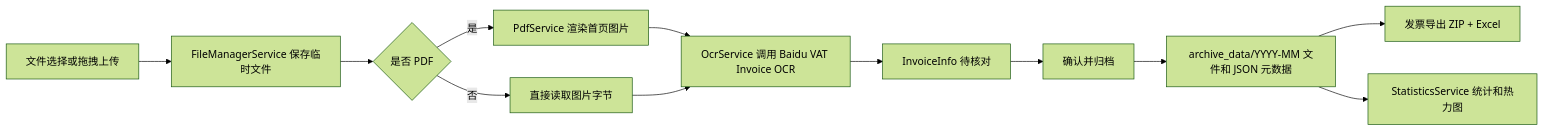
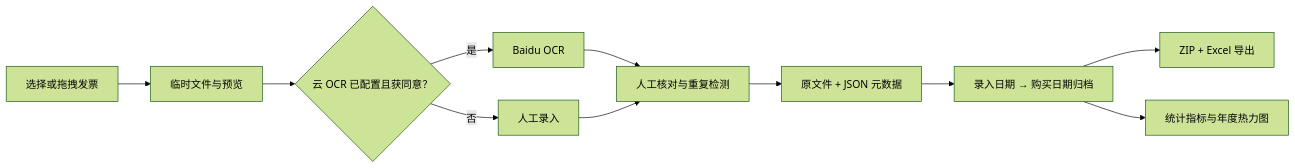
The diagram in README.md (MIGO-OvO/LabInvoiceSystem), drawn with Mermaid (forest theme) before and after one commit. The commit also changed other lines of this file and 1 other file, not shown here.

````diff
--- a/README.md
+++ b/README.md
@@ -150,14 +199,13 @@
 ```mermaid
 flowchart LR
-    A["文件选择或拖拽上传"] --> B["FileManagerService 保存临时文件"]
-    B --> C{"是否 PDF"}
-    C -- "是" --> D["PdfService 渲染首页图片"]
-    C -- "否" --> E["直接读取图片字节"]
-    D --> F["OcrService 调用 Baidu VAT Invoice OCR"]
+    A["选择或拖拽发票"] --> B["临时文件与预览"]
+    B --> C{"云 OCR 已配置且获同意？"}
+    C -- "是" --> D["Baidu OCR"]
+    C -- "否" --> E["人工录入"]
+    D --> F["人工核对与重复检测"]
     E --> F
-    F --> G["InvoiceInfo 待核对"]
-    G --> H["确认并归档"]
-    H --> I["archive_data/YYYY-MM 文件和 JSON 元数据"]
-    I --> J["发票导出 ZIP + Excel"]
-    I --> K["StatisticsService 统计和热力图"]
+    F --> G["原文件 + JSON 元数据"]
+    G --> H["录入日期 → 购买日期归档"]
+    H --> I["ZIP + Excel 导出"]
+    H --> J["统计指标与年度热力图"]
 ```
````
